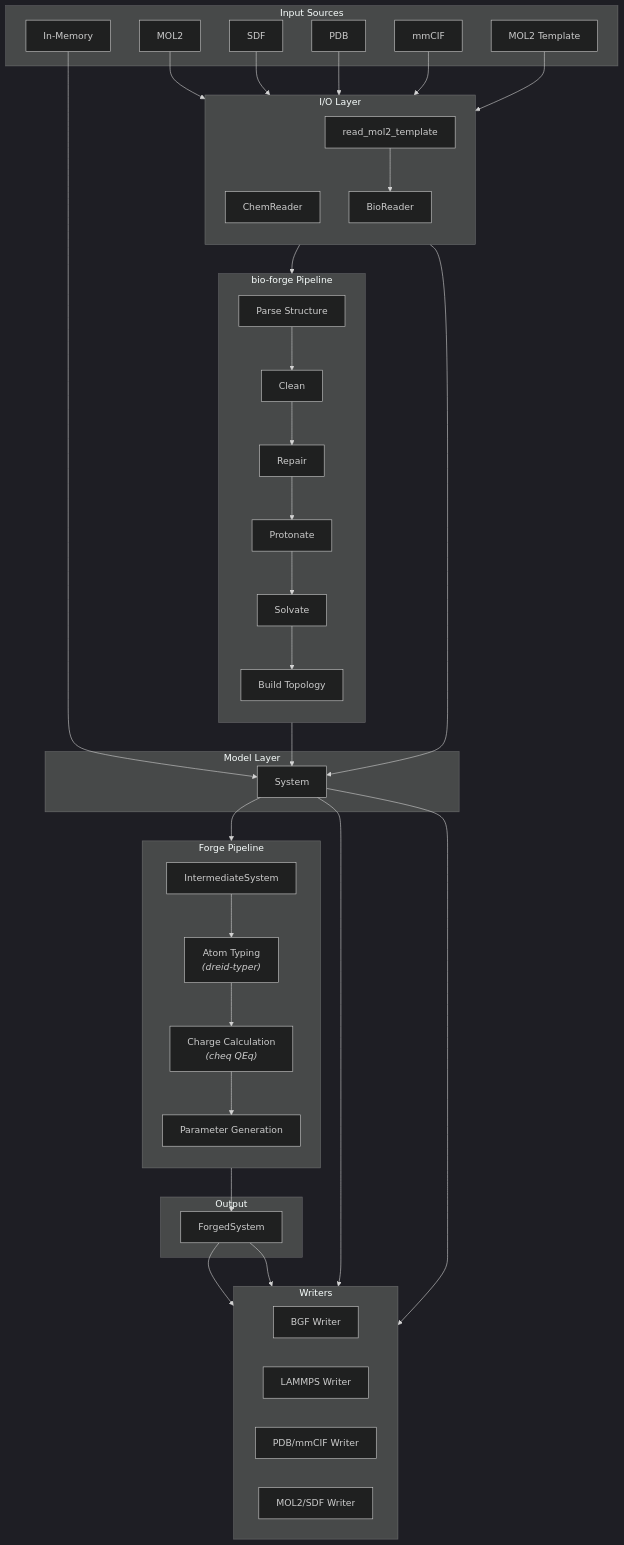
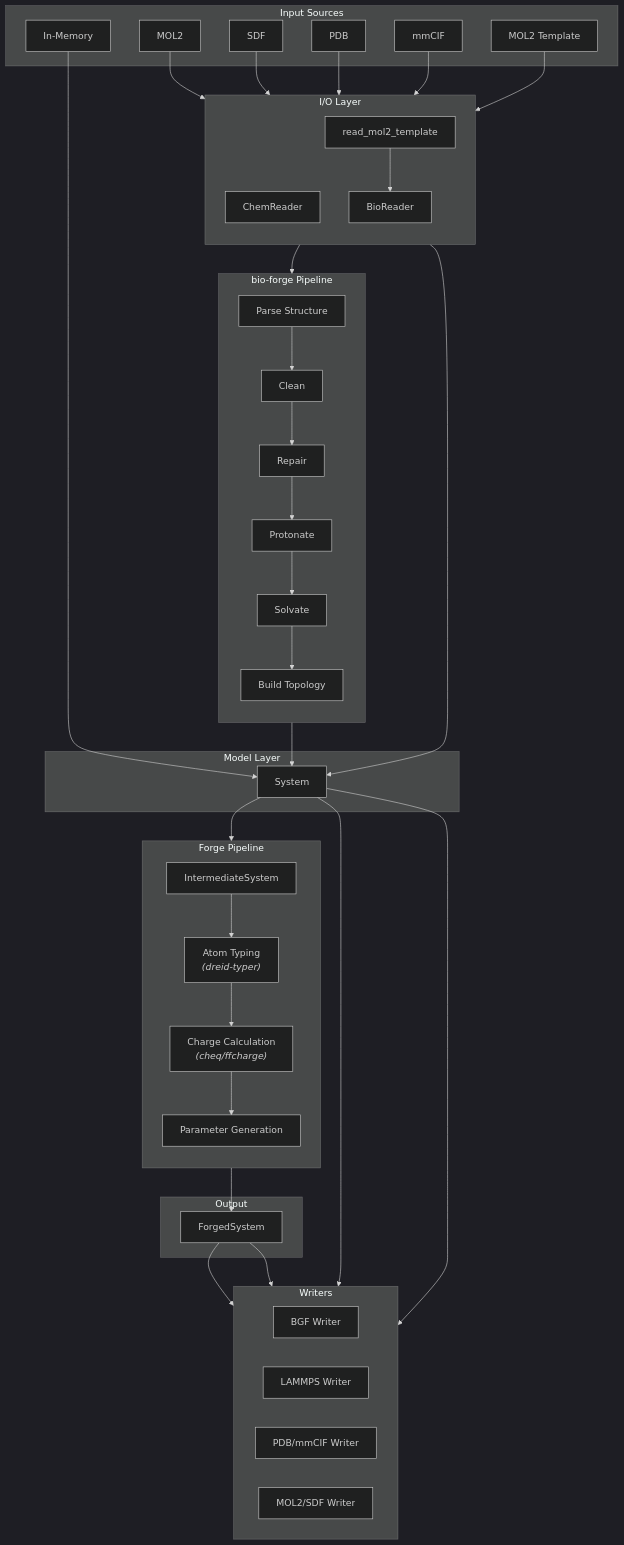
One commit to caltechmsc/dreid-forge changed the first of 18 diagrams in ARCHITECTURE.md. Above: the diagram before and after it, drawn with Mermaid (dark theme). The commit also changed other lines of this file, not shown here.

Commit message:
docs(architecture): Update charge calculation section to include hybrid method and external crate integration

````diff
--- a/ARCHITECTURE.md
+++ b/ARCHITECTURE.md
@@ -9,80 +9,80 @@
 ```mermaid
 flowchart TD
     subgraph "Input Sources"
         MOL2["MOL2"]
         SDF["SDF"]
         PDB["PDB"]
         mmCIF["mmCIF"]
         TPL["MOL2 Template"]
         MEM["In-Memory"]
     end
 
     subgraph "I/O Layer"
         direction TB
         CR["ChemReader"]
         BR["BioReader"]
         RT["read_mol2_template"]
     end
 
     subgraph "bio-forge Pipeline"
         direction TB
         BF_PARSE["Parse Structure"]
         BF_CLEAN["Clean"]
         BF_REPAIR["Repair"]
         BF_HYDRO["Protonate"]
         BF_SOLV["Solvate"]
         BF_TOPO["Build Topology"]
     end
 
     subgraph "Model Layer"
         SYS["System"]
     end
 
     subgraph "Forge Pipeline"
         direction TB
         INT["IntermediateSystem"]
         TYPER["Atom Typing<br><i>(dreid-typer)</i>"]
-        CHARGE["Charge Calculation<br><i>(cheq QEq)</i>"]
+        CHARGE["Charge Calculation<br><i>(cheq/ffcharge)</i>"]
         PGEN["Parameter Generation"]
     end
 
     subgraph "Output"
         FS["ForgedSystem"]
     end
 
     subgraph "Writers"
         direction LR
         W_BGF["BGF Writer"]
         W_LAM["LAMMPS Writer"]
         W_PDB["PDB/mmCIF Writer"]
         W_CHEM["MOL2/SDF Writer"]
     end
 
     MOL2 --> CR
     SDF --> CR
     PDB --> BR
     mmCIF --> BR
     TPL --> RT
     RT --> BR
     MEM --> SYS
 
     CR --> SYS
     BR --> BF_PARSE
     BF_PARSE --> BF_CLEAN
     BF_CLEAN --> BF_REPAIR
     BF_REPAIR --> BF_HYDRO
     BF_HYDRO --> BF_SOLV
     BF_SOLV --> BF_TOPO
     BF_TOPO --> SYS
 
     SYS --> INT
     INT --> TYPER
     TYPER --> CHARGE
     CHARGE --> PGEN
     PGEN --> FS
 
     FS --> W_BGF
     FS --> W_LAM
     SYS --> W_PDB
     SYS --> W_CHEM
 ```
````
